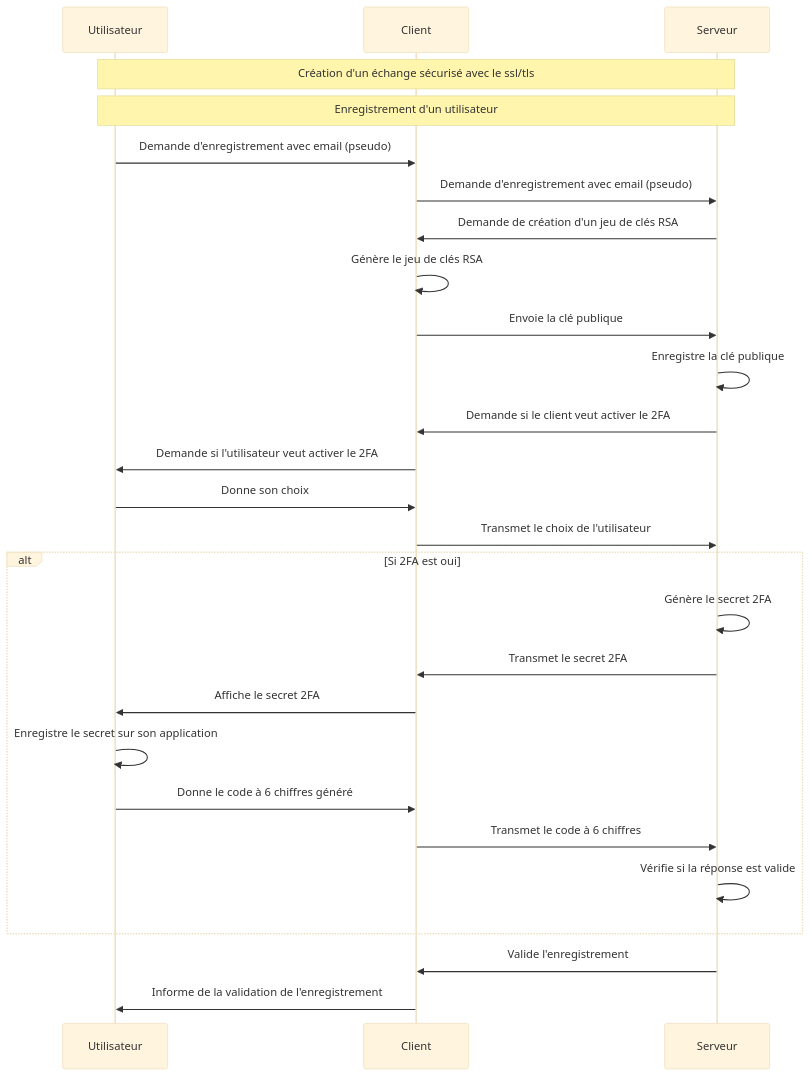
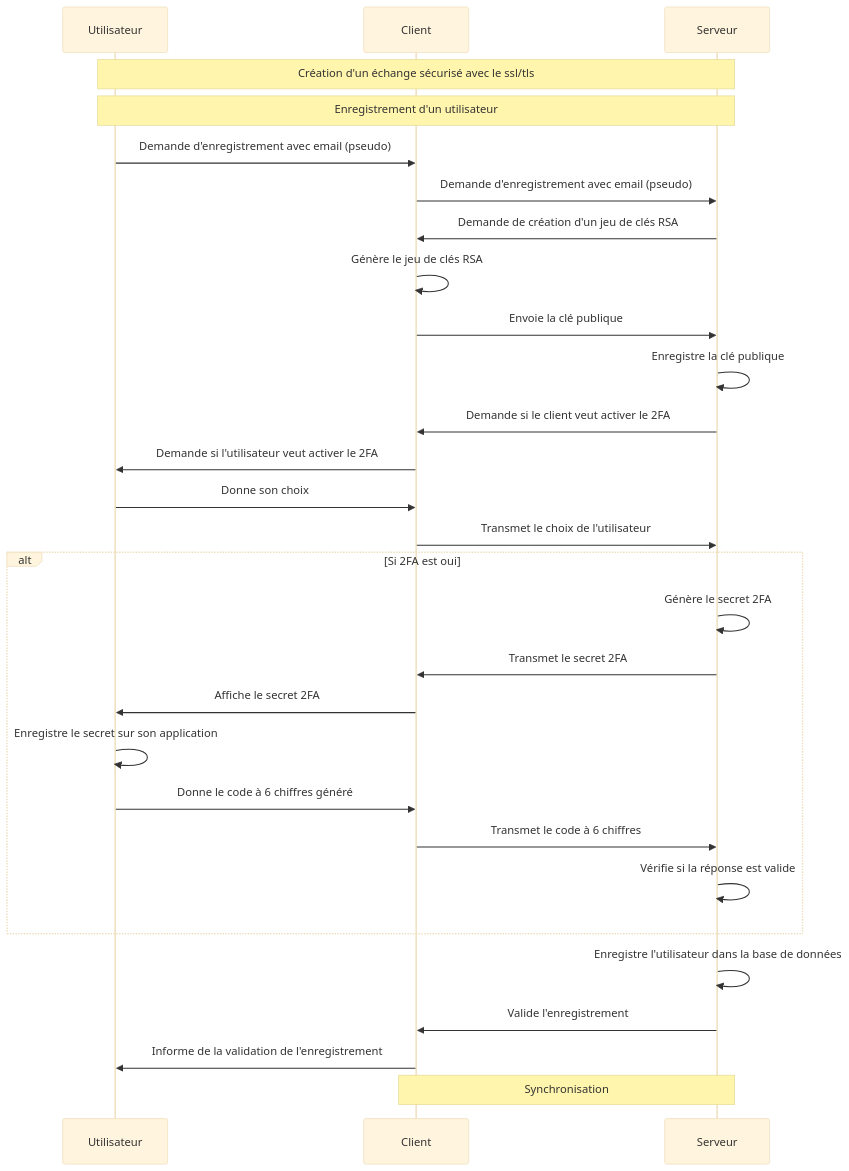
The first of 3 diagrams in README.md (Braakk/RS-APP), drawn with Mermaid (base theme) before and after one commit. The commit also changed other lines of this file, not shown here.

````diff
--- a/README.md
+++ b/README.md
@@ -56,31 +67,33 @@
 ```mermaid
 sequenceDiagram
     participant Utilisateur
     participant Client
     participant Serveur
 
     Note over Utilisateur, Serveur: Création d'un échange sécurisé avec le ssl/tls
     Note over Utilisateur, Serveur: Enregistrement d'un utilisateur
 
     Utilisateur->>Client: Demande d'enregistrement avec email (pseudo)
     Client->>Serveur: Demande d'enregistrement avec email (pseudo)
     Serveur->>Client: Demande de création d'un jeu de clés RSA
     Client->>Client: Génère le jeu de clés RSA
     Client->>Serveur: Envoie la clé publique
     Serveur->>Serveur: Enregistre la clé publique
     Serveur->>Client: Demande si le client veut activer le 2FA
     Client->>Utilisateur: Demande si l'utilisateur veut activer le 2FA
     Utilisateur->>Client: Donne son choix
     Client->>Serveur: Transmet le choix de l'utilisateur
     alt Si 2FA est oui
         Serveur->>Serveur: Génère le secret 2FA
         Serveur->>Client: Transmet le secret 2FA
         Client->>Utilisateur: Affiche le secret 2FA
         Utilisateur->>Utilisateur: Enregistre le secret sur son application
         Utilisateur->>Client: Donne le code à 6 chiffres généré
         Client->>Serveur: Transmet le code à 6 chiffres
         Serveur->>Serveur: Vérifie si la réponse est valide
     end
+    Serveur->>Serveur: Enregistre l'utilisateur dans la base de données
     Serveur->>Client: Valide l'enregistrement
     Client->>Utilisateur: Informe de la validation de l'enregistrement
+    Note over Client, Serveur: Synchronisation
 ```
````
